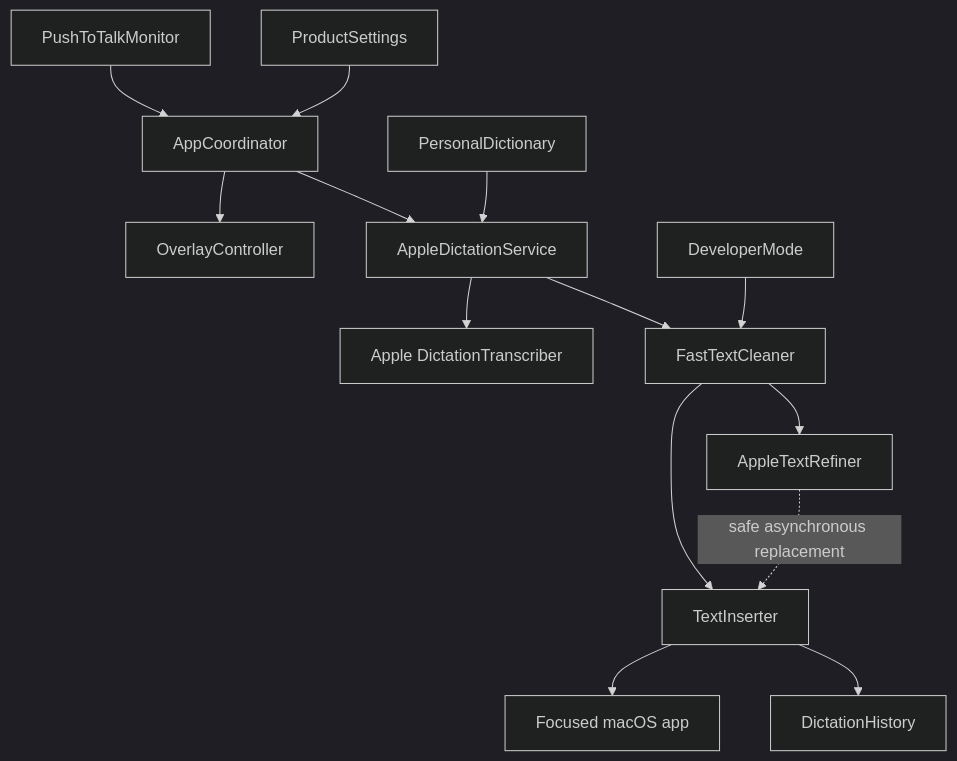
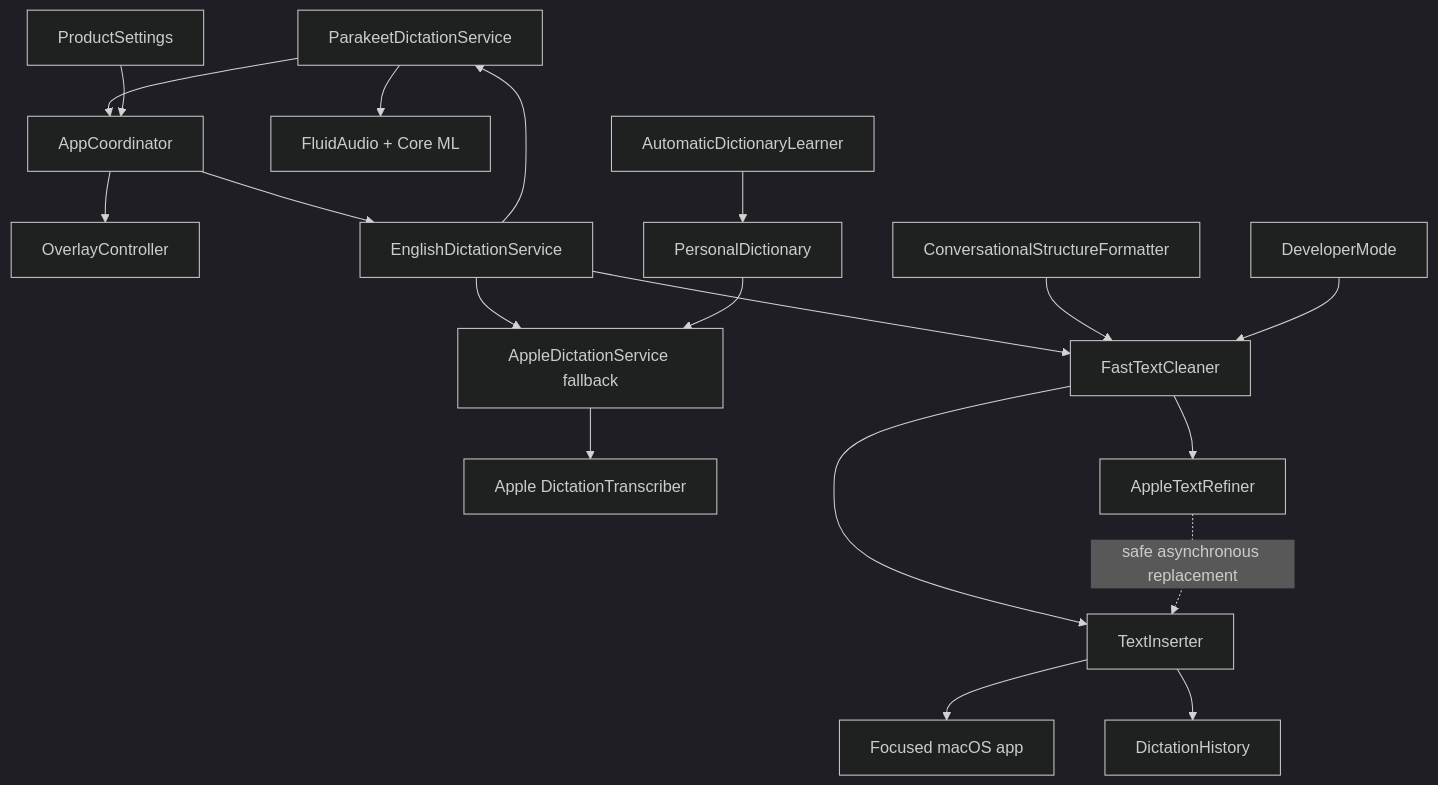
The diagram in Docs/ARCHITECTURE.md (mithulram/Talkmore), drawn with Mermaid (dark theme) before and after one commit. The commit also changed other lines of this file and 25 other files, not shown here.

Commit message:
feat: add automatic high-accuracy English dictation

````diff
--- a/Docs/ARCHITECTURE.md
+++ b/Docs/ARCHITECTURE.md
@@ -7,16 +7,21 @@
 ```mermaid
 flowchart TD
     P[PushToTalkMonitor] --> A[AppCoordinator]
     A --> O[OverlayController]
-    A --> D[AppleDictationService]
+    A --> E[EnglishDictationService]
+    E --> P[ParakeetDictationService]
+    E --> D[AppleDictationService fallback]
+    P --> F[FluidAudio + Core ML]
     D --> S[Apple DictationTranscriber]
-    D --> C[FastTextCleaner]
+    E --> C[FastTextCleaner]
     C --> I[TextInserter]
     I --> X[Focused macOS app]
     I --> H[DictationHistory]
     C --> R[AppleTextRefiner]
     R -. safe asynchronous replacement .-> I
     T[ProductSettings] --> A
     W[PersonalDictionary] --> D
+    L[AutomaticDictionaryLearner] --> W
+    Q[ConversationalStructureFormatter] --> C
     M[DeveloperMode] --> C
 ```
````
